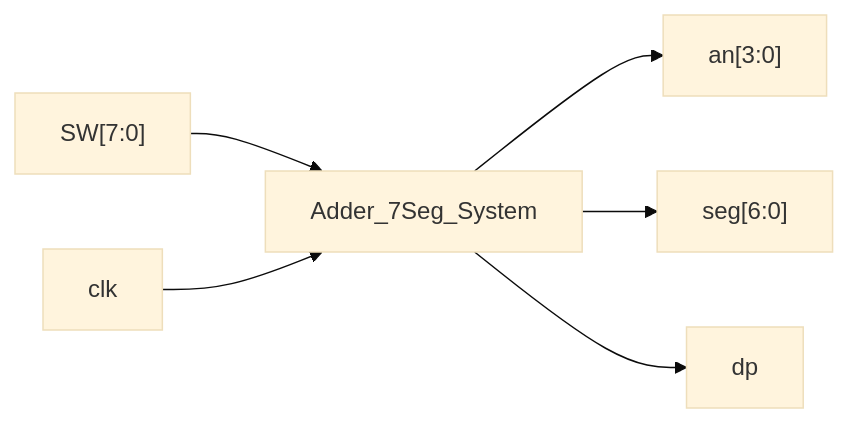
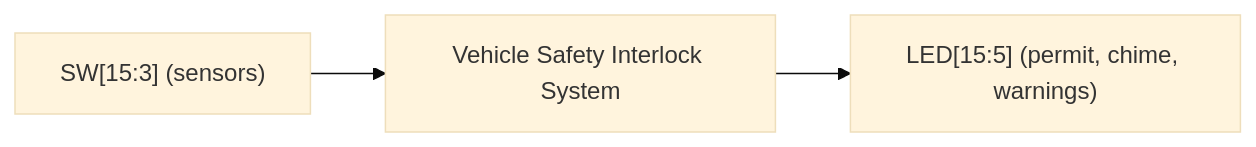
The diagram in README.md (corina-saenz/Random-), drawn with Mermaid (base theme) before and after one commit. The commit also changed other lines of this file, not shown here.

````diff
--- a/README.md
+++ b/README.md
@@ -4,8 +4,5 @@
 ```mermaid
 flowchart LR
-  SW["SW[7:0]"] --> SYS["Adder_7Seg_System"]
-  CLK["clk"] --> SYS
-  SYS --> AN["an[3:0]"]
-  SYS --> SEG["seg[6:0]"]
-  SYS --> DP["dp"]
+  SW["SW[15:3] (sensors)"] --> SYS["Vehicle Safety Interlock System"]
+  SYS --> LED["LED[15:5] (permit, chime, warnings)"]
 ```
````
